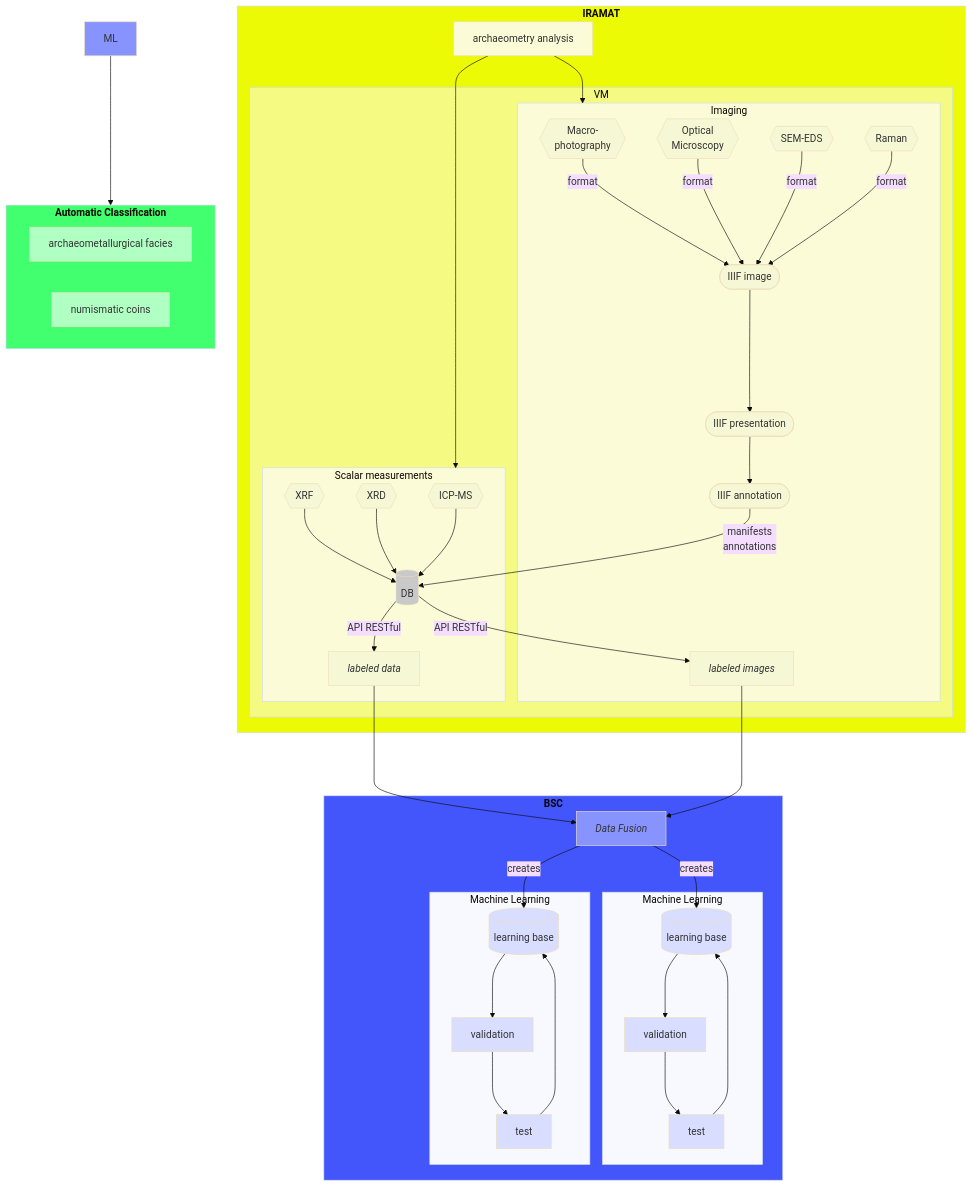
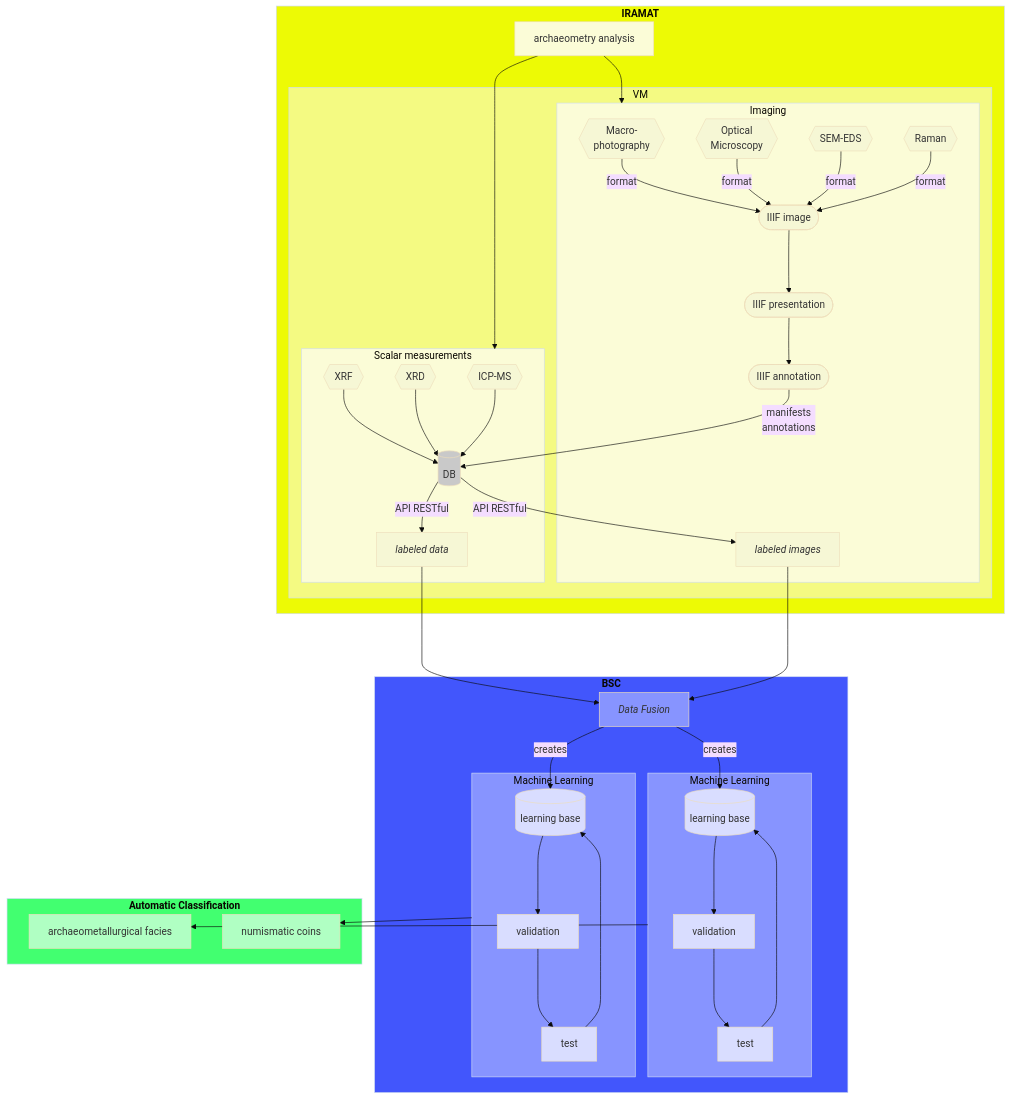
The diagram in talks/2026-bsc/README.md (iramat/iramat-dev), drawn with Mermaid (base theme) before and after one commit.

Commit message:
2 lanes ML

```diff
--- a/talks/2026-bsc/README.md
+++ b/talks/2026-bsc/README.md
@@ -50,7 +50,8 @@
       ResMet[archaeometallurgical facies]
       ResNum[numismatic coins]
     end
-  ML ---> out
+  ML1 ---> ResMet
+  ML2 ---> ResNum
 
 style BD fill:#cccccc
 
@@ -75,10 +76,11 @@
 
 style BSC fill:#4256fc
 style PyExtract fill:#8794ff
-style ML fill:#8794ff
+style ML1 fill:#8794ff
 style MLlearn1 fill:#d9ddff
 style MLvalid1 fill:#d9ddff
 style MLtest1 fill:#d9ddff
+style ML2 fill:#8794ff
 style MLlearn2 fill:#d9ddff
 style MLvalid2 fill:#d9ddff
 style MLtest2 fill:#d9ddff
```
